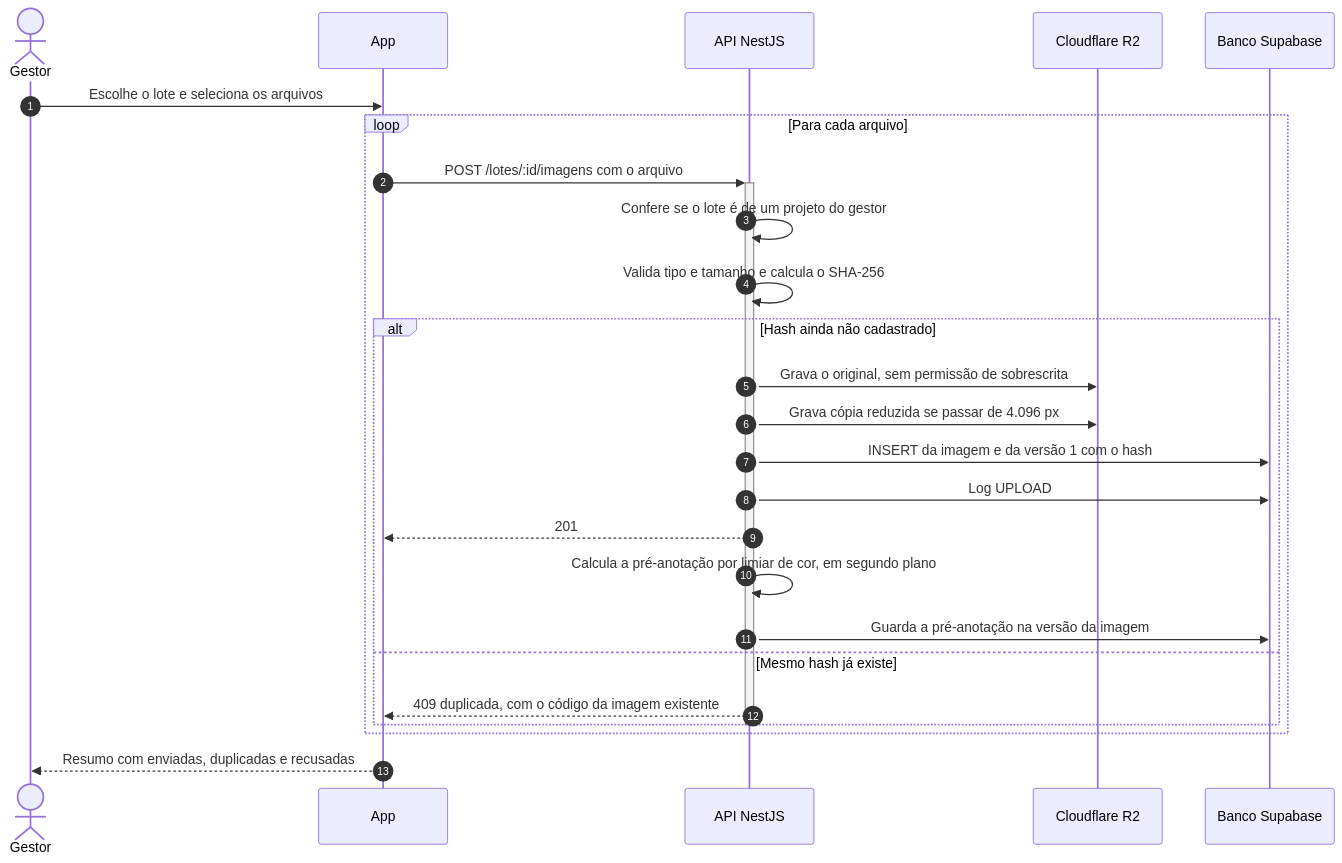
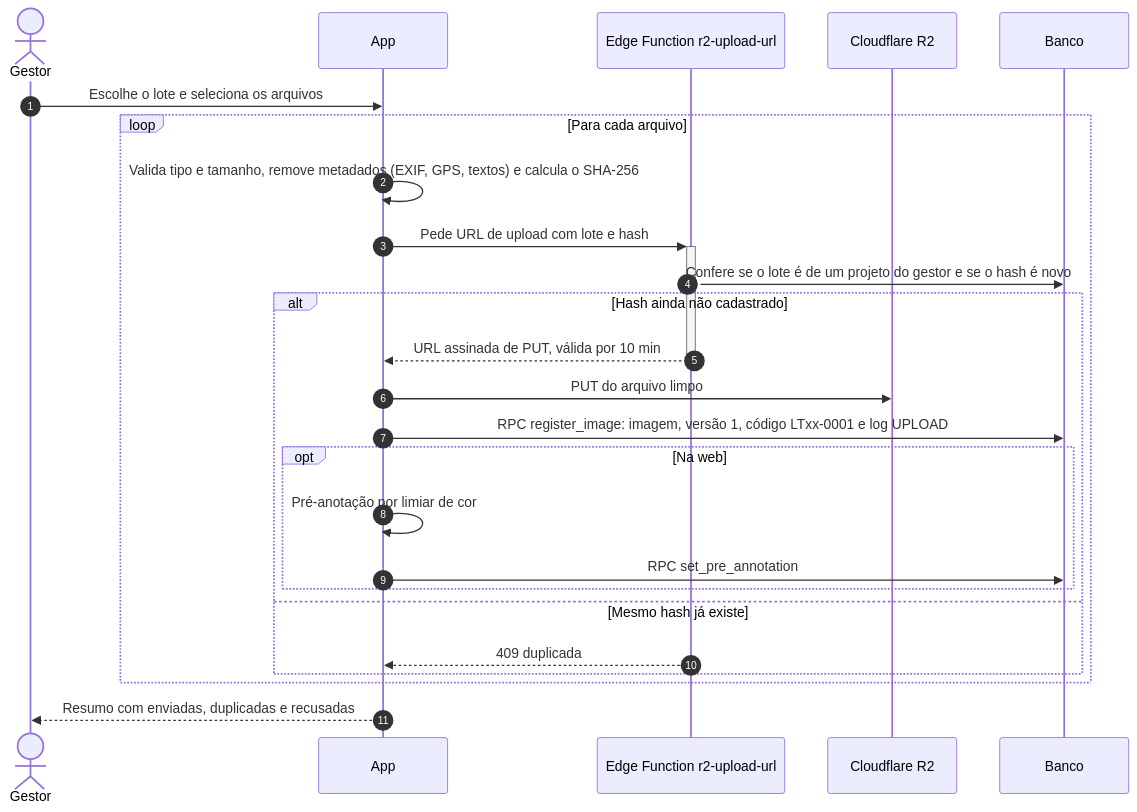
Before and after one commit to Matheus-Lordron/ki67: the sixth of 13 diagrams in docs/02-arquitetura.md, drawn with Mermaid. The commit also changed other lines of this file and 116 other files, not shown here.

````diff
--- a/docs/02-arquitetura.md
+++ b/docs/02-arquitetura.md
@@ -265,29 +278,29 @@
 ```mermaid
 sequenceDiagram
     autonumber
     actor G as Gestor
     participant App
-    participant API as API NestJS
+    participant EF as Edge Function r2-upload-url
     participant ARQ as Cloudflare R2
-    participant DB as Banco Supabase
+    participant DB as Banco
 
     G->>App: Escolhe o lote e seleciona os arquivos
     loop Para cada arquivo
-        App->>+API: POST /lotes/:id/imagens com o arquivo
-        API->>API: Confere se o lote é de um projeto do gestor
-        API->>API: Valida tipo e tamanho e calcula o SHA-256
+        App->>App: Valida tipo e tamanho, remove metadados (EXIF, GPS, textos) e calcula o SHA-256
+        App->>+EF: Pede URL de upload com lote e hash
+        EF->>DB: Confere se o lote é de um projeto do gestor e se o hash é novo
         alt Hash ainda não cadastrado
-            API->>ARQ: Grava o original, sem permissão de sobrescrita
-            API->>ARQ: Grava cópia reduzida se passar de 4.096 px
-            API->>DB: INSERT da imagem e da versão 1 com o hash
-            API->>DB: Log UPLOAD
-            API-->>App: 201
-            API->>API: Calcula a pré-anotação por limiar de cor, em segundo plano
-            API->>DB: Guarda a pré-anotação na versão da imagem
+            EF-->>App: URL assinada de PUT, válida por 10 min
+            deactivate EF
+            App->>ARQ: PUT do arquivo limpo
+            App->>DB: RPC register_image: imagem, versão 1, código LTxx-0001 e log UPLOAD
+            opt Na web
+                App->>App: Pré-anotação por limiar de cor
+                App->>DB: RPC set_pre_annotation
+            end
         else Mesmo hash já existe
-            API-->>App: 409 duplicada, com o código da imagem existente
+            EF-->>App: 409 duplicada
         end
-        deactivate API
     end
     App-->>G: Resumo com enviadas, duplicadas e recusadas
 ```
````
